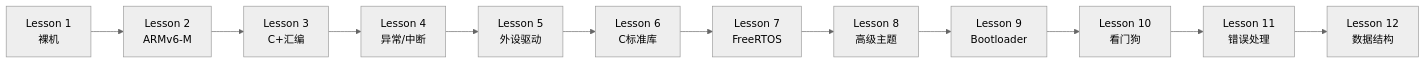
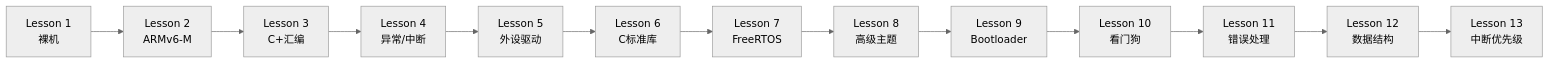
One commit to neluca/embedded-from-scratch changed the first of 2 diagrams in README.md. Above: the diagram before and after it, drawn with Mermaid (neutral theme). The commit also changed other lines of this file and 10 other files, not shown here.

````diff
--- a/README.md
+++ b/README.md
@@ -93,4 +93,4 @@
 ```mermaid
 flowchart LR
-    L1["Lesson 1<br>裸机"] --> L2["Lesson 2<br>ARMv6-M"] --> L3["Lesson 3<br>C+汇编"] --> L4["Lesson 4<br>异常/中断"] --> L5["Lesson 5<br>外设驱动"] --> L6["Lesson 6<br>C标准库"] --> L7["Lesson 7<br>FreeRTOS"] --> L8["Lesson 8<br>高级主题"] --> L9["Lesson 9<br>Bootloader"] --> L10["Lesson 10<br>看门狗"] --> L11["Lesson 11<br>错误处理"] --> L12["Lesson 12<br>数据结构"]
+    L1["Lesson 1<br>裸机"] --> L2["Lesson 2<br>ARMv6-M"] --> L3["Lesson 3<br>C+汇编"] --> L4["Lesson 4<br>异常/中断"] --> L5["Lesson 5<br>外设驱动"] --> L6["Lesson 6<br>C标准库"] --> L7["Lesson 7<br>FreeRTOS"] --> L8["Lesson 8<br>高级主题"] --> L9["Lesson 9<br>Bootloader"] --> L10["Lesson 10<br>看门狗"] --> L11["Lesson 11<br>错误处理"] --> L12["Lesson 12<br>数据结构"] --> L13["Lesson 13<br>中断优先级"]
 ```
````
